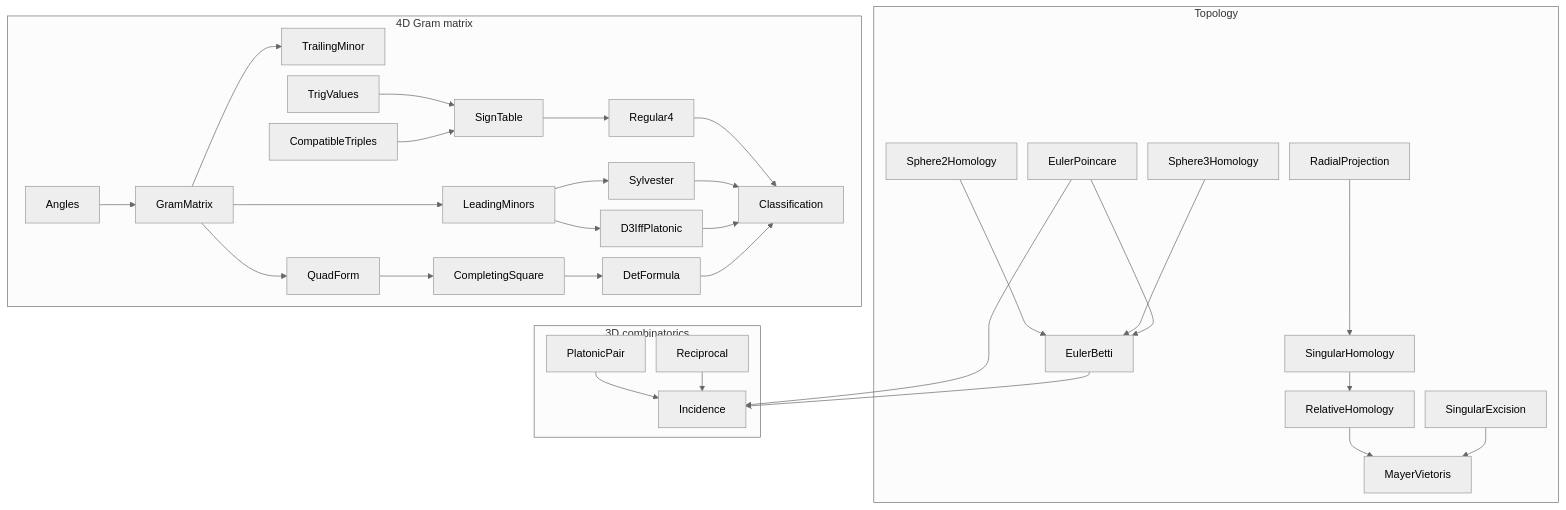
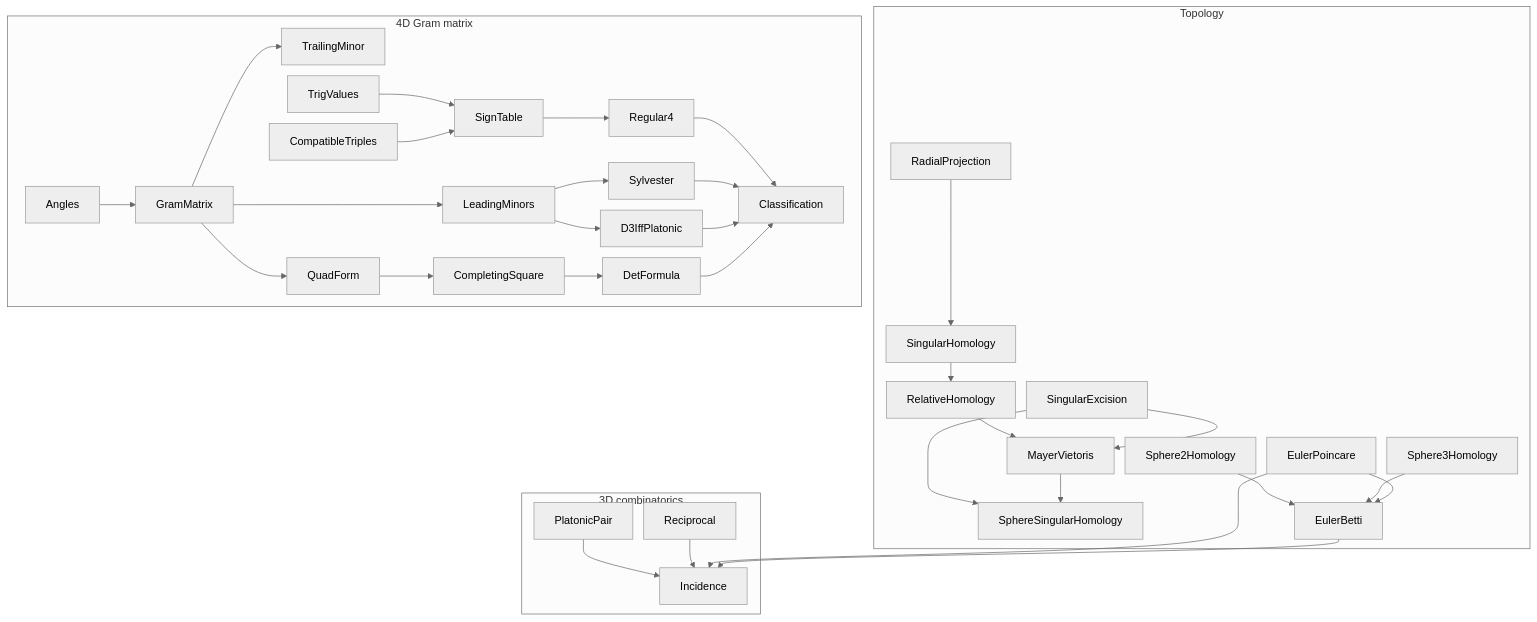
The diagram in figures/lean-modules.mmd (catskillsresearch/platonic-solids), drawn with Mermaid before and after one commit. The commit also changed 19 other files, not shown here.

```diff
--- a/figures/lean-modules.mmd
+++ b/figures/lean-modules.mmd
@@ -1,60 +1,63 @@
 %%{init: {"theme": "neutral", "flowchart": {"htmlLabels": false, "nodeSpacing": 16, "rankSpacing": 28}}}%%
 flowchart TB
   subgraph Top["Topology"]
     Rad["RadialProjection"]
     SH["SingularHomology"]
     Rel["RelativeHomology"]
     MV["MayerVietoris"]
     SE["SingularExcision"]
+    SSH["SphereSingularHomology"]
     S2["Sphere2Homology"]
     S3["Sphere3Homology"]
     EB["EulerBetti"]
     EP["EulerPoincare"]
     Rad --> SH
     SH --> Rel
     Rel --> MV
     SE --> MV
+    SE --> SSH
+    MV --> SSH
     S2 --> EB
     S3 --> EB
     EP --> EB
   end
   subgraph Comb["3D combinatorics"]
     PP["PlatonicPair"]
     Rec["Reciprocal"]
     Inc["Incidence"]
     PP --> Inc
     Rec --> Inc
     EP --> Inc
     EB --> Inc
   end
   subgraph Gram4["4D Gram matrix"]
     Ang["Angles"]
     GM["GramMatrix"]
     LM["LeadingMinors"]
     TM["TrailingMinor"]
     D3["D3IffPlatonic"]
     QF["QuadForm"]
     CS["CompletingSquare"]
     DF["DetFormula"]
     Syl["Sylvester"]
     TV["TrigValues"]
     CT["CompatibleTriples"]
     ST["SignTable"]
     R4["Regular4"]
     Cl["Classification"]
     Ang --> GM
     GM --> LM
     GM --> TM
     LM --> D3
     GM --> QF
     QF --> CS
     CS --> DF
     LM --> Syl
     TV --> ST
     CT --> ST
     ST --> R4
     R4 --> Cl
     Syl --> Cl
     D3 --> Cl
     DF --> Cl
   end
```
